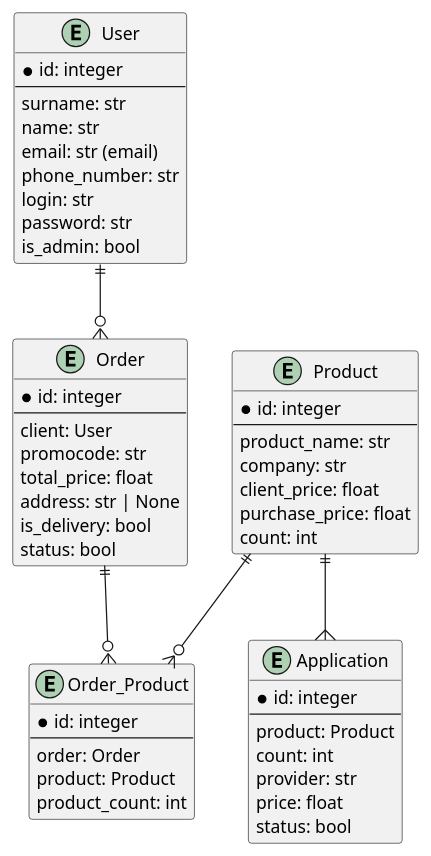
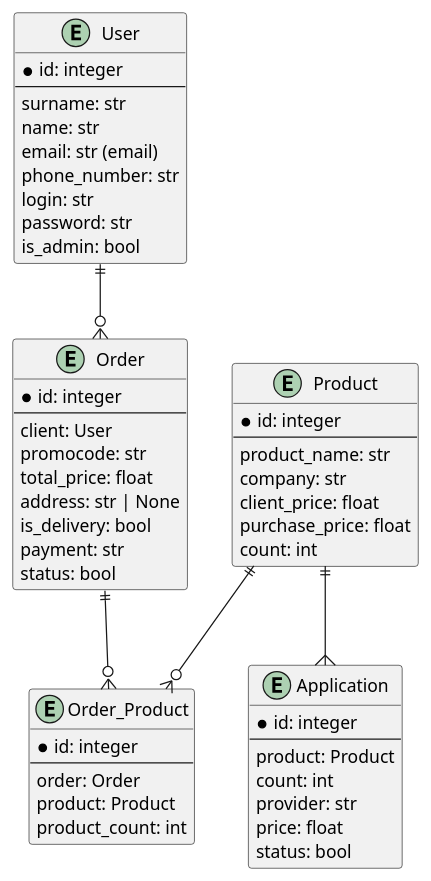
One commit to Dmitriy-M1319/CrystalApp changed the diagram in docs/ER-diagramm.pu. Above: the diagram before and after it, drawn with PlantUML. The commit also changed 3 other files, not shown here.

Commit message:
fix some diagrams

```diff
--- a/docs/ER-diagramm.pu
+++ b/docs/ER-diagramm.pu
@@ -1,53 +1,54 @@
 @startuml ER-диаграмма для базы данных
 entity Product {
     * id: integer
     --
     product_name: str
     company: str
     client_price: float
     purchase_price: float
     count: int
 }
 entity User {
     * id: integer
     --
     surname: str
     name: str
     email: str (email)
     phone_number: str
     login: str
     password: str
     is_admin: bool
 }
 entity Order {
     * id: integer
     --
     client: User
     promocode: str
     total_price: float
     address: str | None
     is_delivery: bool
+    payment: str
     status: bool
 }
 entity Order_Product {
     * id: integer
     --
     order: Order
     product: Product
     product_count: int
 }
 entity Application {
     * id: integer
     --
     product: Product
     count: int
     provider: str
     price: float
     status: bool
 }
 
 User ||--o{ Order
 Product ||--o{ Order_Product
 Order ||--o{ Order_Product
 Product ||--{ Application
 @enduml
```
